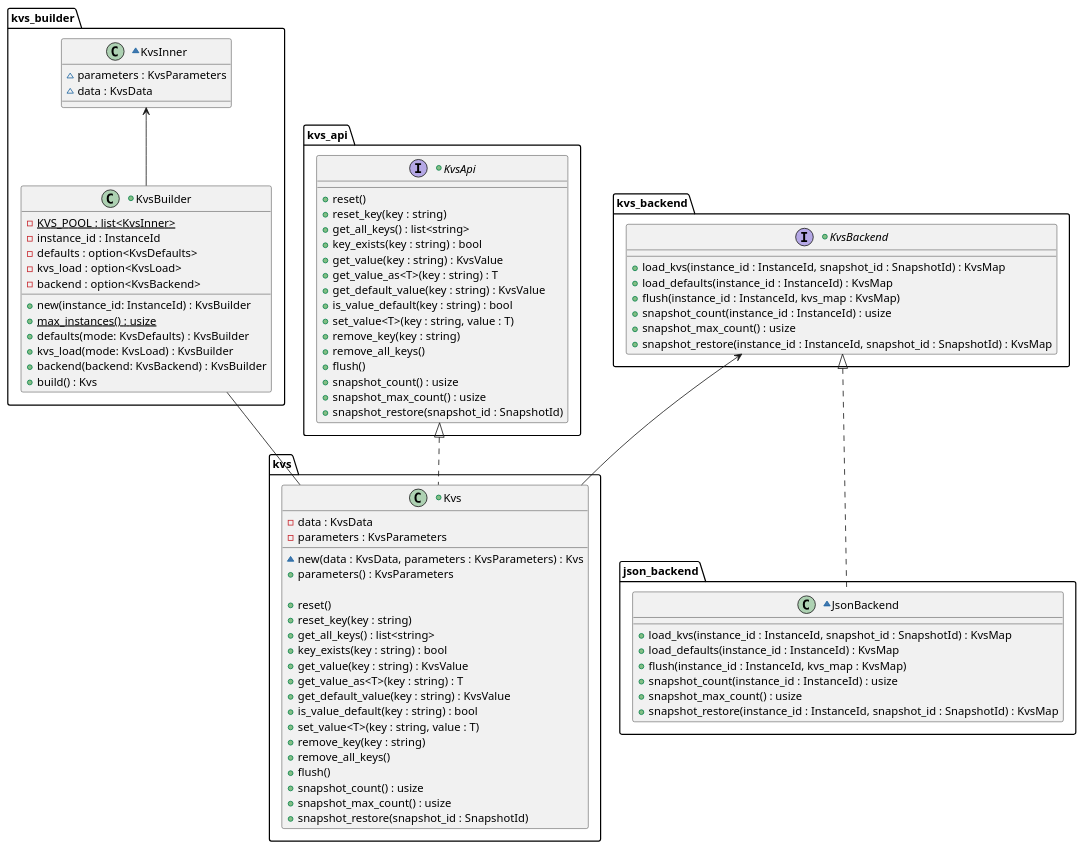
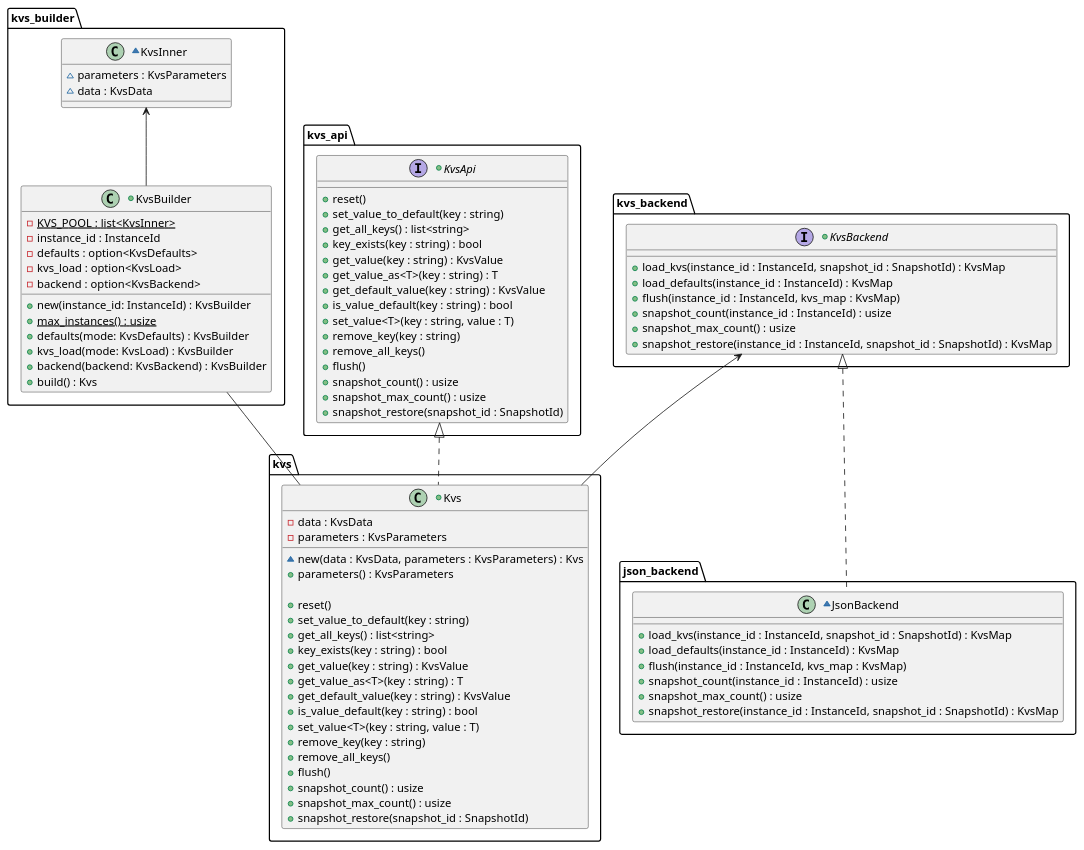
One commit to esrlabs/inc_mw_per changed the diagram in score/kvs/docs/detailed_design/class_diagram.puml. Above: the diagram before and after it, drawn with PlantUML. The commit also changed 16 other files, not shown here.

First line of the commit message:
kvs: Rename `reset_key` to `set_value_to_default` (#585)

```diff
--- a/score/kvs/docs/detailed_design/class_diagram.puml
+++ b/score/kvs/docs/detailed_design/class_diagram.puml
@@ -14,101 +14,101 @@
 @startuml Persistency class diagram
 
 package "kvs_builder" {
     ~class KvsInner {
         ~parameters : KvsParameters
         ~data : KvsData
     }
 
     +class KvsBuilder {
         {static} -KVS_POOL : list<KvsInner>
         -instance_id : InstanceId
         -defaults : option<KvsDefaults>
         -kvs_load : option<KvsLoad>
         -backend : option<KvsBackend>
 
         +new(instance_id: InstanceId) : KvsBuilder
         {static} +max_instances() : usize
         +defaults(mode: KvsDefaults) : KvsBuilder
         +kvs_load(mode: KvsLoad) : KvsBuilder
         +backend(backend: KvsBackend) : KvsBuilder
         +build() : Kvs
     }
 
     KvsInner <-- KvsBuilder
 }
 
 package "kvs_api" {
     +interface KvsApi {
         +reset()
-        +reset_key(key : string)
+        +set_value_to_default(key : string)
         +get_all_keys() : list<string>
         +key_exists(key : string) : bool
         +get_value(key : string) : KvsValue
         +get_value_as<T>(key : string) : T
         +get_default_value(key : string) : KvsValue
         +is_value_default(key : string) : bool
         +set_value<T>(key : string, value : T)
         +remove_key(key : string)
         +remove_all_keys()
         +flush()
         +snapshot_count() : usize
         +snapshot_max_count() : usize
         +snapshot_restore(snapshot_id : SnapshotId)
     }
 }
 
 package "kvs" {
     +class Kvs {
         -data : KvsData
         -parameters : KvsParameters
 
         ~new(data : KvsData, parameters : KvsParameters) : Kvs
         +parameters() : KvsParameters
 
         +reset()
-        +reset_key(key : string)
+        +set_value_to_default(key : string)
         +get_all_keys() : list<string>
         +key_exists(key : string) : bool
         +get_value(key : string) : KvsValue
         +get_value_as<T>(key : string) : T
         +get_default_value(key : string) : KvsValue
         +is_value_default(key : string) : bool
         +set_value<T>(key : string, value : T)
         +remove_key(key : string)
         +remove_all_keys()
         +flush()
         +snapshot_count() : usize
         +snapshot_max_count() : usize
         +snapshot_restore(snapshot_id : SnapshotId)
     }
 }
 
 KvsApi <|.. Kvs
 KvsBuilder -- Kvs
 
 package "kvs_backend" {
     +interface KvsBackend {
         +load_kvs(instance_id : InstanceId, snapshot_id : SnapshotId) : KvsMap
         +load_defaults(instance_id : InstanceId) : KvsMap
         +flush(instance_id : InstanceId, kvs_map : KvsMap)
         +snapshot_count(instance_id : InstanceId) : usize
         +snapshot_max_count() : usize
         +snapshot_restore(instance_id : InstanceId, snapshot_id : SnapshotId) : KvsMap
     }
 }
 
 package "json_backend" {
     ~class JsonBackend {
         +load_kvs(instance_id : InstanceId, snapshot_id : SnapshotId) : KvsMap
         +load_defaults(instance_id : InstanceId) : KvsMap
         +flush(instance_id : InstanceId, kvs_map : KvsMap)
         +snapshot_count(instance_id : InstanceId) : usize
         +snapshot_max_count() : usize
         +snapshot_restore(instance_id : InstanceId, snapshot_id : SnapshotId) : KvsMap
     }
 }
 
 KvsBackend <-- Kvs
 KvsBackend <|.. JsonBackend
 
 @enduml
```
